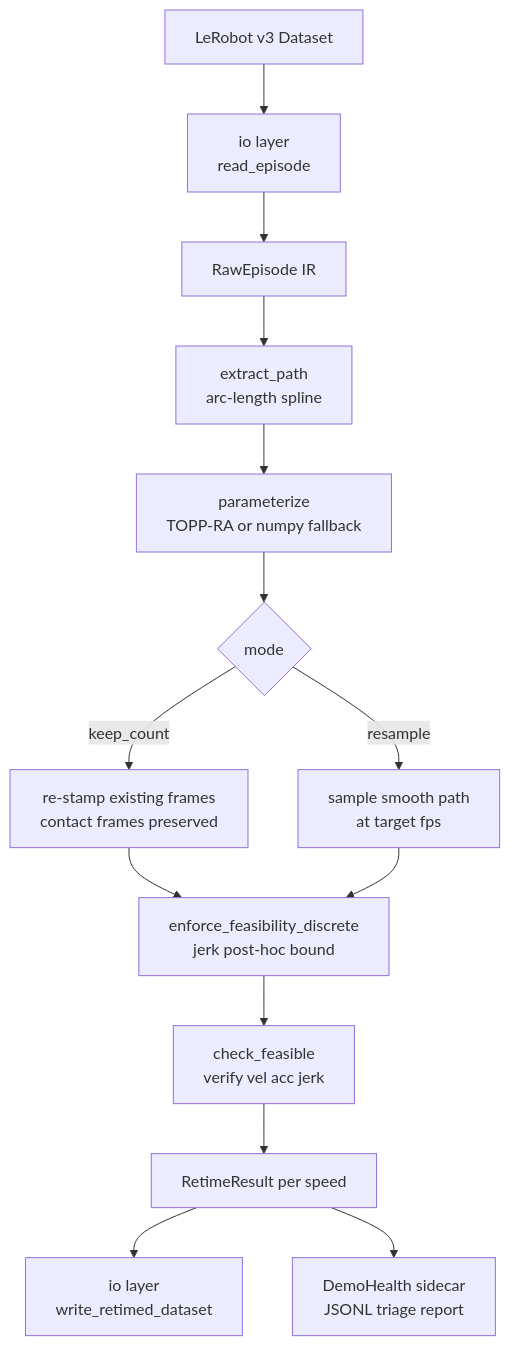
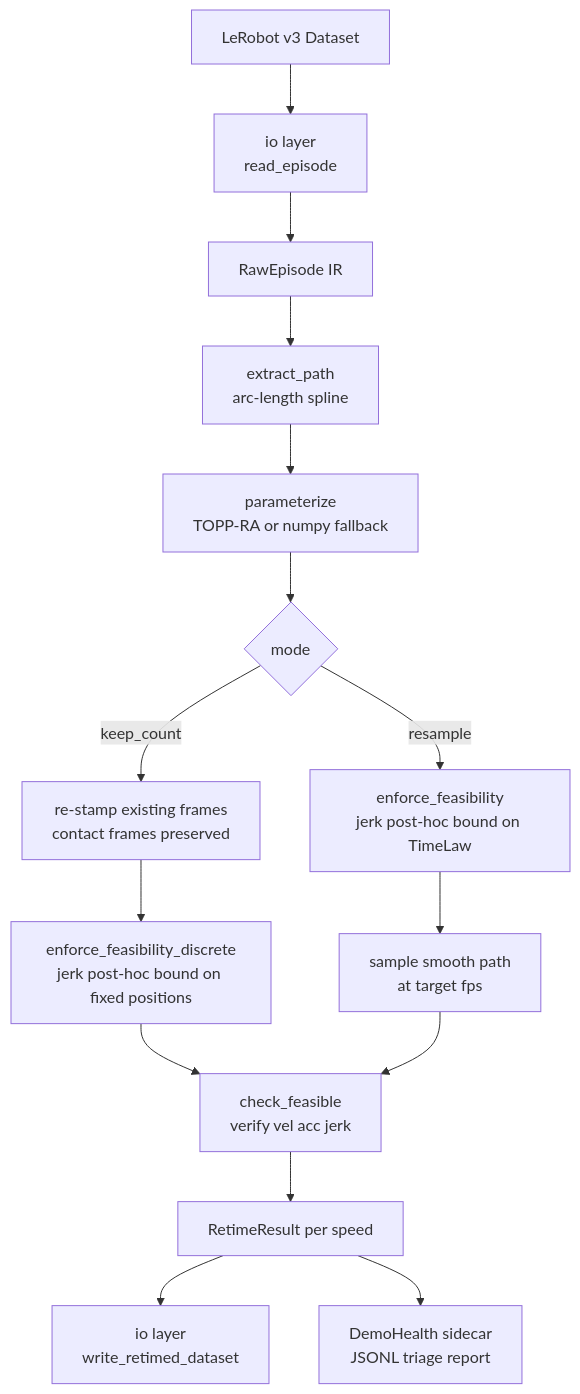
The diagram in README.md (hinanohart/demoforge), drawn with Mermaid before and after one commit.

Commit message:
docs: QA fix (rendering/content)

````diff
--- a/README.md
+++ b/README.md
@@ -15,16 +15,17 @@
 ```mermaid
 flowchart TD
     A[LeRobot v3 Dataset] --> B[io layer\nread_episode]
     B --> C[RawEpisode IR]
     C --> D[extract_path\narc-length spline]
     D --> E[parameterize\nTOPP-RA or numpy fallback]
     E --> F{mode}
     F -->|keep_count| G[re-stamp existing frames\ncontact frames preserved]
-    F -->|resample| H[sample smooth path\nat target fps]
-    G --> I[enforce_feasibility_discrete\njerk post-hoc bound]
-    H --> I
+    F -->|resample| H[enforce_feasibility\njerk post-hoc bound on TimeLaw]
+    G --> I[enforce_feasibility_discrete\njerk post-hoc bound on fixed positions]
+    H --> N[sample smooth path\nat target fps]
     I --> J[check_feasible\nverify vel acc jerk]
+    N --> J
     J --> K[RetimeResult per speed]
     K --> L[io layer\nwrite_retimed_dataset]
     K --> M[DemoHealth sidecar\nJSONL triage report]
 ```
````
